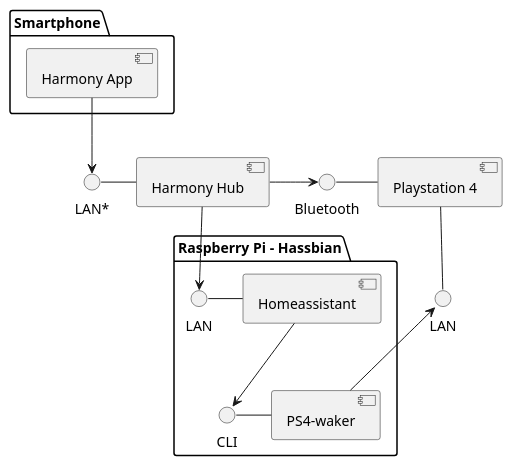
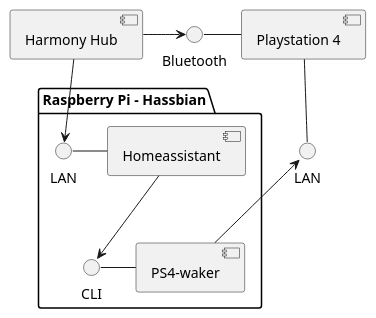
Before and after one commit to deeKay93/komunikationssysteme: the diagram in assets/uml/aufbau.wsd, drawn with PlantUML. The commit also changed 10 other files, not shown here.

Commit message:
Entferne Smartphone, Todos, Update Ps4 Ein/Harmony

```diff
--- a/assets/uml/aufbau.wsd
+++ b/assets/uml/aufbau.wsd
@@ -1,29 +1,23 @@
 @startuml Aufbau
 skinparam componentStyle uml2
 skinparam monochrome true
 
 interface "LAN" as lanPs4
 interface "Bluetooth" as btPs4
-interface "LAN*" as harmonyIn
 
 package "Raspberry Pi - Hassbian" {
   interface "CLI" as cliPs4W
   interface "LAN" as lanHass
   lanHass - [Homeassistant]
   [Homeassistant] --> cliPs4W
   cliPs4W - [PS4-waker]
 }
 
 [Playstation 4] -- lanPs4
 btPs4 - [Playstation 4]
 lanPs4 <--[PS4-waker]
 
-package "Smartphone" {
-  [Harmony App] --> harmonyIn
-}
-
-harmonyIn - [Harmony Hub]
 [Harmony Hub] -> btPs4
 [Harmony Hub] --> lanHass
 
 @enduml
```
